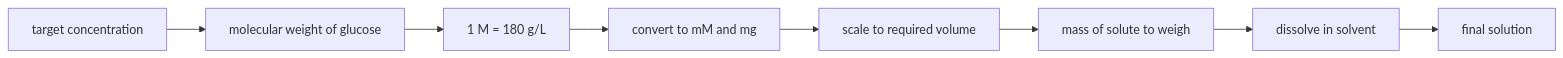
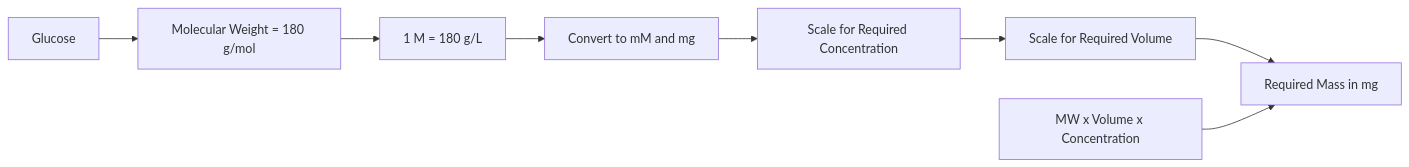
Before and after one commit to shosho-chang/nakama: the eighth of 13 diagrams in tests/fixtures/golden/bse-ch3-expected/bse-ch3.md, drawn with Mermaid. The commit also changed other lines of this file and 150 other files, not shown here.

````diff
--- a/tests/fixtures/golden/bse-ch3-expected/bse-ch3.md
+++ b/tests/fixtures/golden/bse-ch3-expected/bse-ch3.md
@@ -1053,10 +1053,10 @@
 ```mermaid
 flowchart LR
-  A[target concentration] --> B[molecular weight of glucose]
-  B --> C[1 M = 180 g/L]
-  C --> D[convert to mM and mg]
-  D --> E[scale to required volume]
-  E --> F[mass of solute to weigh]
-  F --> G[dissolve in solvent]
-  G --> H[final solution]
+  Glucose --> MolecularWeight[Molecular Weight = 180 g/mol]
+  MolecularWeight --> OneMolar[1 M = 180 g/L]
+  OneMolar --> UnitConversion[Convert to mM and mg]
+  UnitConversion --> ScaleConcentration[Scale for Required Concentration]
+  ScaleConcentration --> ScaleVolume[Scale for Required Volume]
+  ScaleVolume --> RequiredMass[Required Mass in mg]
+  Formula[MW x Volume x Concentration] --> RequiredMass
 ```
````
